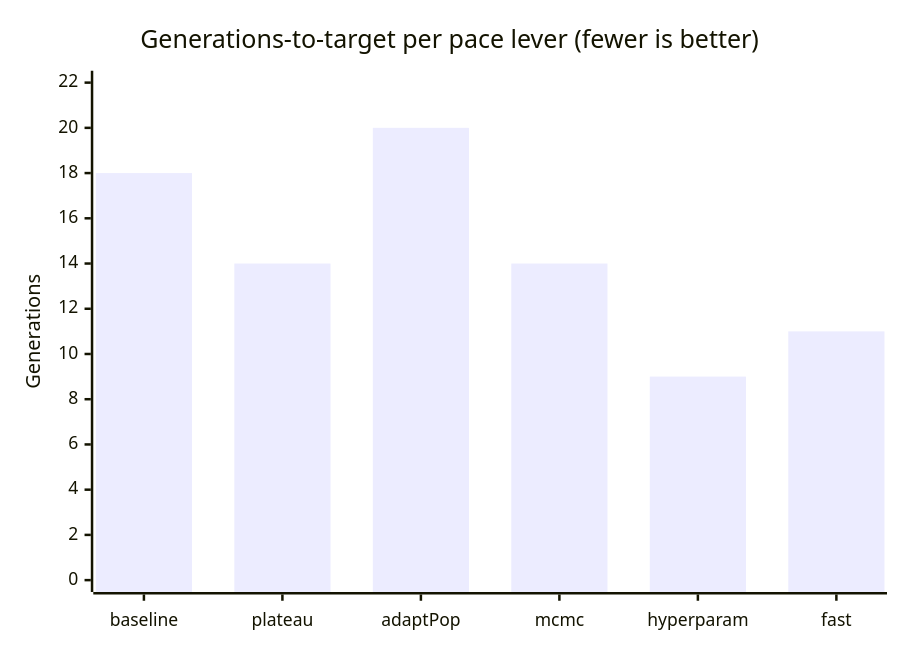
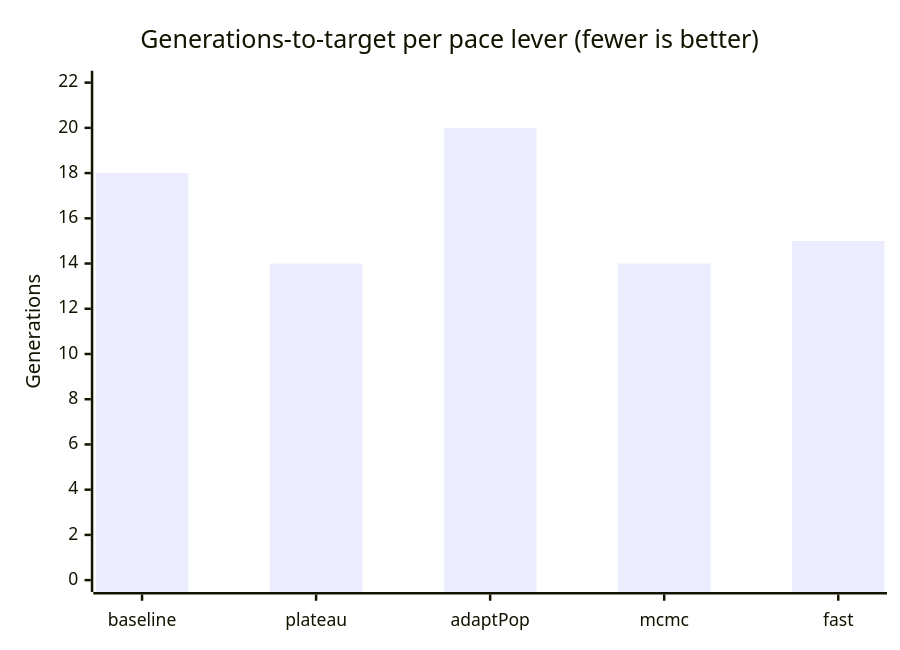
The fourth of 5 diagrams in docs/PERFORMANCE_RESEARCH.md (stSoftwareAU/NEAT-AI), drawn with Mermaid before and after one commit. The commit also changed other lines of this file and 45 other files, not shown here.

````diff
--- a/docs/PERFORMANCE_RESEARCH.md
+++ b/docs/PERFORMANCE_RESEARCH.md
@@ -954,7 +950,7 @@
 ```mermaid
 xychart-beta
     title "Generations-to-target per pace lever (fewer is better)"
-    x-axis ["baseline", "plateau", "adaptPop", "mcmc", "hyperparam", "fast"]
+    x-axis ["baseline", "plateau", "adaptPop", "mcmc", "fast"]
     y-axis "Generations" 0 --> 22
-    bar [18, 14, 20, 14, 9, 11]
+    bar [18, 14, 20, 14, 15]
 ```
````
